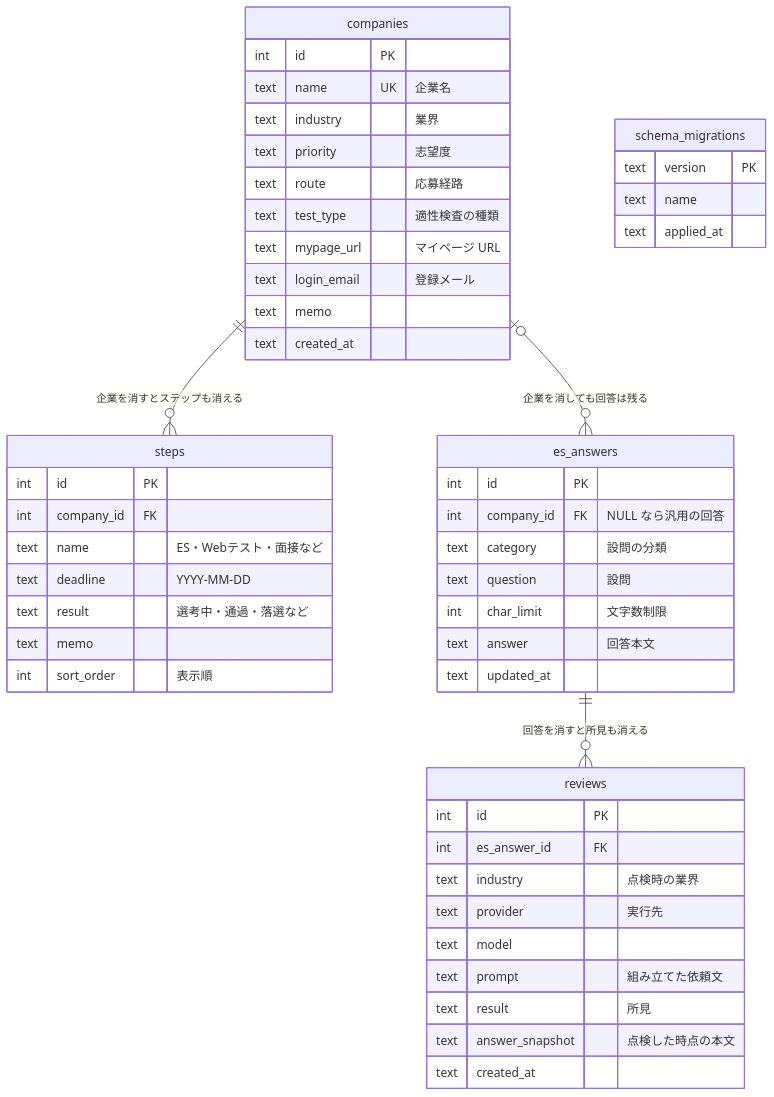
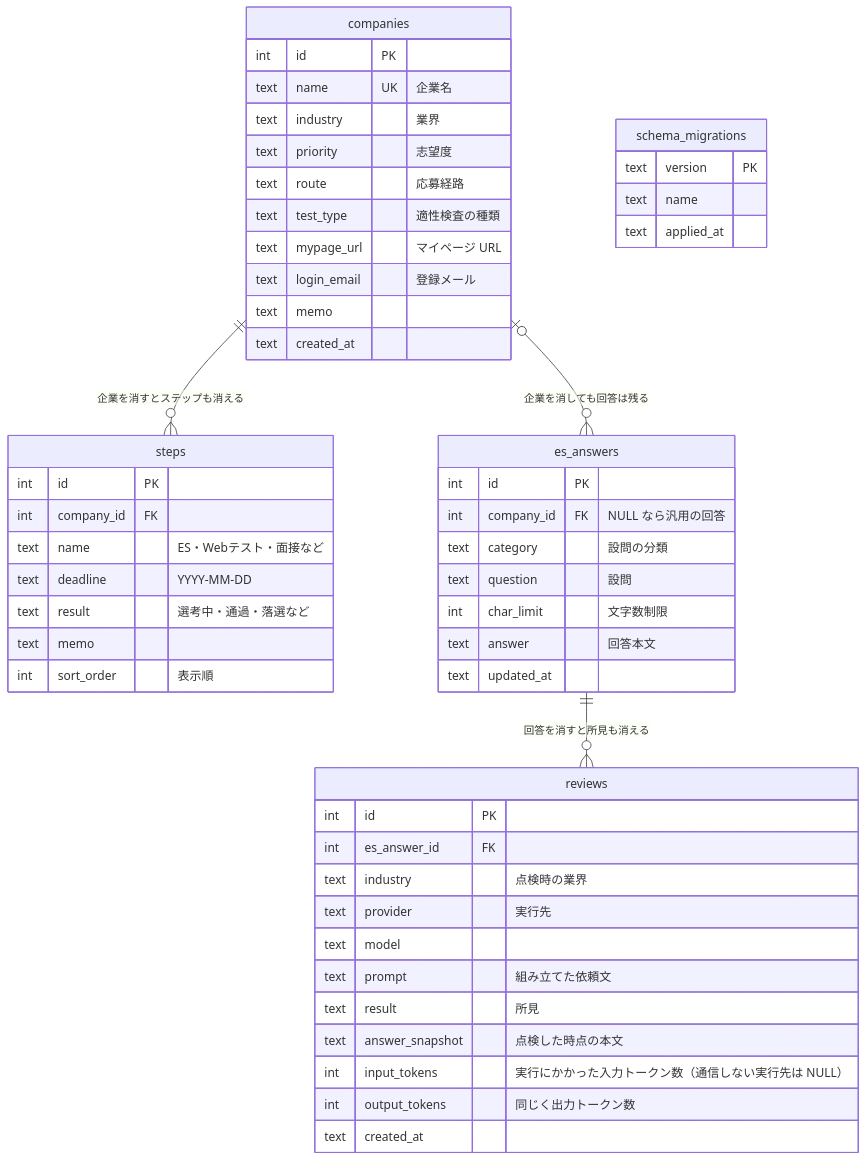
The diagram in docs/data_flow.md (Natto2026/shukatsu-tracker), drawn with Mermaid before and after one commit. The commit also changed 14 other files, not shown here.

````diff
--- a/docs/data_flow.md
+++ b/docs/data_flow.md
@@ -50,53 +50,55 @@
 ```mermaid
 erDiagram
     companies ||--o{ steps : "企業を消すとステップも消える"
     companies |o--o{ es_answers : "企業を消しても回答は残る"
     es_answers ||--o{ reviews : "回答を消すと所見も消える"
 
     companies {
         int id PK
         text name UK "企業名"
         text industry "業界"
         text priority "志望度"
         text route "応募経路"
         text test_type "適性検査の種類"
         text mypage_url "マイページ URL"
         text login_email "登録メール"
         text memo
         text created_at
     }
     steps {
         int id PK
         int company_id FK
         text name "ES・Webテスト・面接など"
         text deadline "YYYY-MM-DD"
         text result "選考中・通過・落選など"
         text memo
         int sort_order "表示順"
     }
     es_answers {
         int id PK
         int company_id FK "NULL なら汎用の回答"
         text category "設問の分類"
         text question "設問"
         int char_limit "文字数制限"
         text answer "回答本文"
         text updated_at
     }
     reviews {
         int id PK
         int es_answer_id FK
         text industry "点検時の業界"
         text provider "実行先"
         text model
         text prompt "組み立てた依頼文"
         text result "所見"
         text answer_snapshot "点検した時点の本文"
+        int input_tokens "実行にかかった入力トークン数（通信しない実行先は NULL）"
+        int output_tokens "同じく出力トークン数"
         text created_at
     }
     schema_migrations {
         text version PK
         text name
         text applied_at
     }
 ```
````
